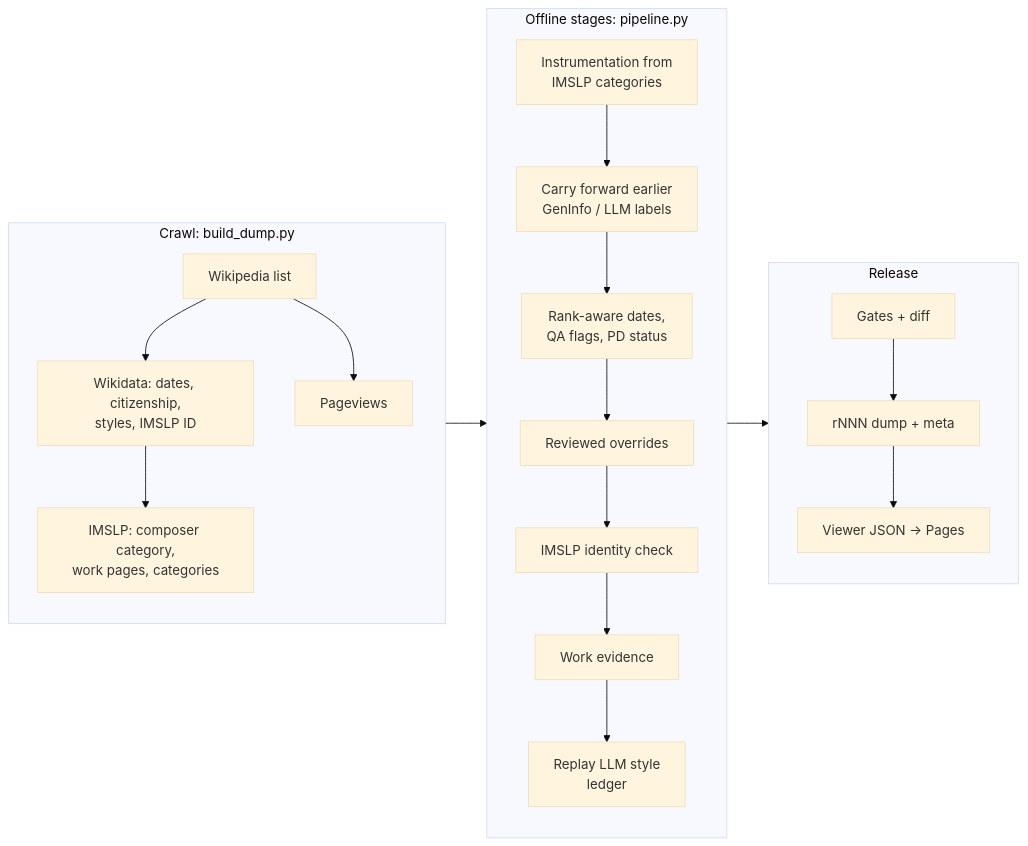
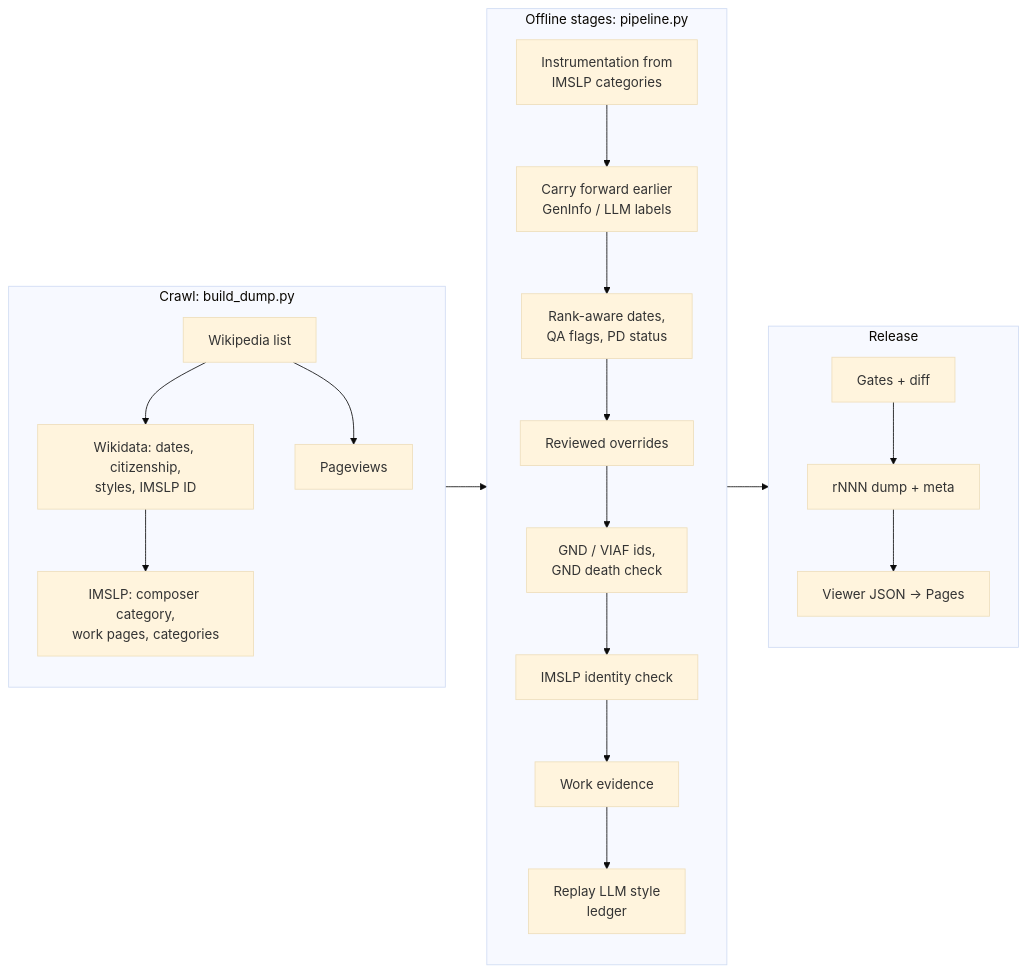
The diagram in README.md (egorpol/eu-pd-composers), drawn with Mermaid (base theme) before and after one commit. The commit also changed other lines of this file and 21 other files, not shown here.

First line of the commit message:
Add GND / VIAF authority ids, the GND death-year check and a list-year identity guard.

````diff
--- a/README.md
+++ b/README.md
@@ -55,21 +57,22 @@
 ```mermaid
 flowchart LR
   subgraph crawl [Crawl: build_dump.py]
     W[Wikipedia list] --> D[Wikidata: dates, citizenship,<br/>styles, IMSLP ID]
     D --> I[IMSLP: composer category,<br/>work pages, categories]
     W --> P[Pageviews]
   end
   subgraph offline [Offline stages: pipeline.py]
     F[Instrumentation from<br/>IMSLP categories] --> C[Carry forward earlier<br/>GenInfo / LLM labels]
     C --> R[Rank-aware dates,<br/>QA flags, PD status]
     R --> O[Reviewed overrides]
-    O --> M[IMSLP identity check]
+    O --> A[GND / VIAF ids,<br/>GND death check]
+    A --> M[IMSLP identity check]
     M --> E[Work evidence]
     E --> L[Replay LLM style<br/>ledger]
   end
   subgraph release [Release]
     G[Gates + diff] --> V[rNNN dump + meta]
     V --> X[Viewer JSON → Pages]
   end
   crawl --> offline --> release
 ```
````
